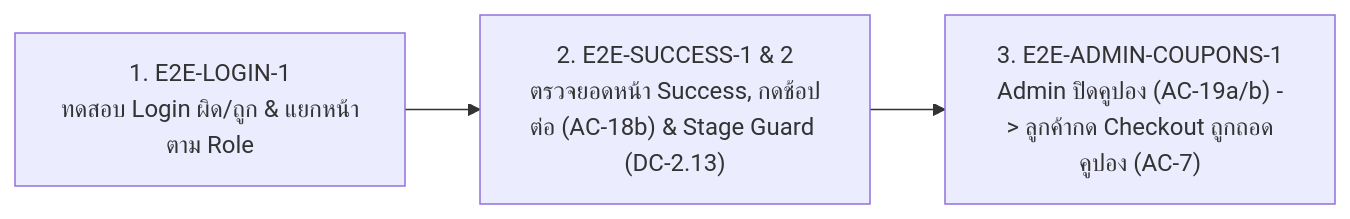
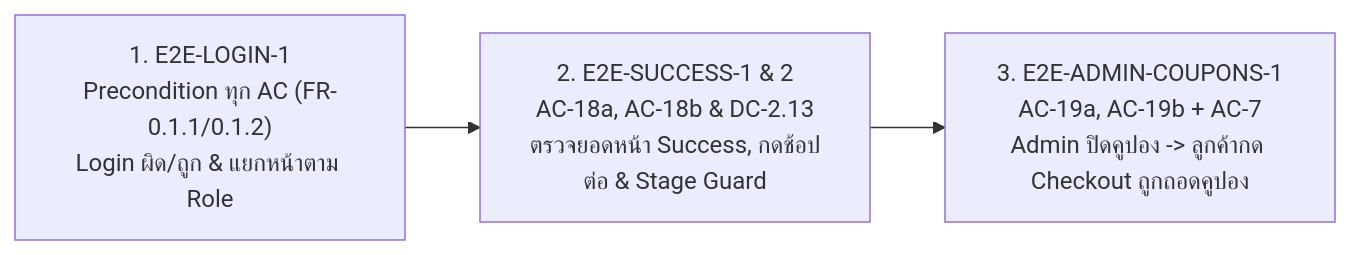
The third of 3 diagrams in docs/login-success-admin-coupons-swtest.md (YummyAom/software-testing-srs-cart), drawn with Mermaid before and after one commit. The commit also changed other lines of this file and 16 other files, not shown here.

First line of the commit message:
Nat's E2E Add end-to-end tests for admin coupons, login, and success pages

````diff
--- a/docs/login-success-admin-coupons-swtest.md
+++ b/docs/login-success-admin-coupons-swtest.md
@@ -236,5 +255,5 @@
 ```mermaid
 flowchart LR
-    E1["1. E2E-LOGIN-1<br>ทดสอบ Login ผิด/ถูก & แยกหน้าตาม Role"] --> E2["2. E2E-SUCCESS-1 & 2<br>ตรวจยอดหน้า Success, กดช้อปต่อ (AC-18b) & Stage Guard (DC-2.13)"]
-    E2 --> E3["3. E2E-ADMIN-COUPONS-1<br>Admin ปิดคูปอง (AC-19a/b) -> ลูกค้ากด Checkout ถูกถอดคูปอง (AC-7)"]
+    E1["1. E2E-LOGIN-1<br>Precondition ทุก AC (FR-0.1.1/0.1.2)<br>Login ผิด/ถูก & แยกหน้าตาม Role"] --> E2["2. E2E-SUCCESS-1 & 2<br>AC-18a, AC-18b & DC-2.13<br>ตรวจยอดหน้า Success, กดช้อปต่อ & Stage Guard"]
+    E2 --> E3["3. E2E-ADMIN-COUPONS-1<br>AC-19a, AC-19b + AC-7<br>Admin ปิดคูปอง -> ลูกค้ากด Checkout ถูกถอดคูปอง"]
 ```
````
